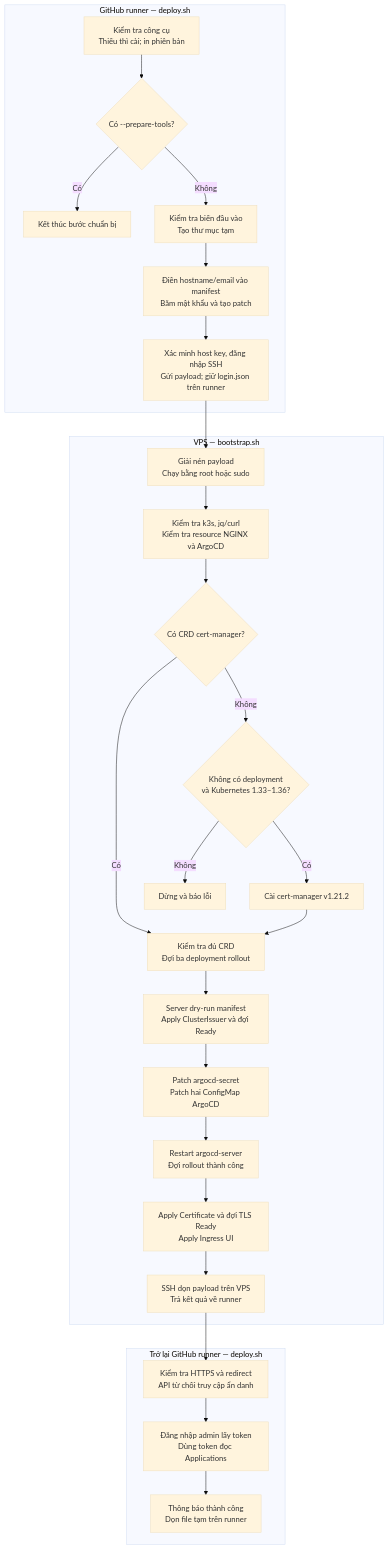
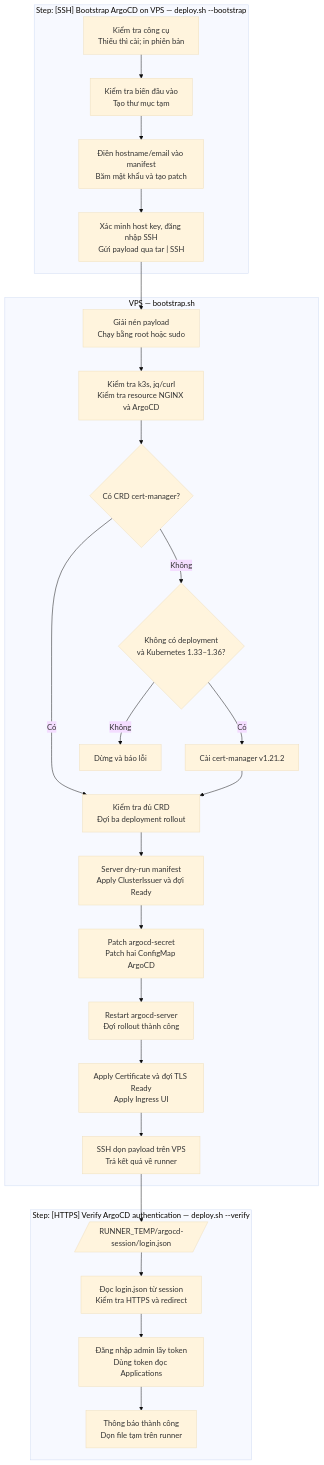
Before and after one commit to Hunndayne/VNUTOUR: the diagram in k8s/argocd/ui/ARGOCD-BOOTSTRAP.md, drawn with Mermaid (base theme). The commit also changed other lines of this file, not shown here.

Commit message:
docs(bootstrap): update --deploy/--verify split and Mermaid diagram

````diff
--- a/k8s/argocd/ui/ARGOCD-BOOTSTRAP.md
+++ b/k8s/argocd/ui/ARGOCD-BOOTSTRAP.md
@@ -120,32 +125,32 @@
 ```mermaid
 flowchart TD
-    subgraph Runner["GitHub runner — deploy.sh"]
-        A["Kiểm tra công cụ<br/>Thiếu thì cài; in phiên bản"] --> B{"Có --prepare-tools?"}
-        B -- Có --> C["Kết thúc bước chuẩn bị"]
-        B -- Không --> D["Kiểm tra biến đầu vào<br/>Tạo thư mục tạm"]
+    subgraph Bootstrap["Step: [SSH] Bootstrap ArgoCD on VPS — deploy.sh --bootstrap"]
+        A["Kiểm tra công cụ<br/>Thiếu thì cài; in phiên bản"] --> D["Kiểm tra biến đầu vào<br/>Tạo thư mục tạm"]
         D --> E["Điền hostname/email vào manifest<br/>Băm mật khẩu và tạo patch"]
-        E --> F["Xác minh host key, đăng nhập SSH<br/>Gửi payload; giữ login.json trên runner"]
+        E --> F["Xác minh host key, đăng nhập SSH<br/>Gửi payload qua tar | SSH"]
     end
 
     subgraph VPS["VPS — bootstrap.sh"]
         F --> G["Giải nén payload<br/>Chạy bằng root hoặc sudo"]
         G --> H["Kiểm tra k3s, jq/curl<br/>Kiểm tra resource NGINX và ArgoCD"]
         H --> I{"Có CRD cert-manager?"}
         I -- Có --> J["Kiểm tra đủ CRD<br/>Đợi ba deployment rollout"]
         I -- Không --> K{"Không có deployment<br/>và Kubernetes 1.33–1.36?"}
         K -- Không --> X["Dừng và báo lỗi"]
         K -- Có --> L["Cài cert-manager v1.21.2"]
         L --> J
         J --> M["Server dry-run manifest<br/>Apply ClusterIssuer và đợi Ready"]
         M --> N["Patch argocd-secret<br/>Patch hai ConfigMap ArgoCD"]
         N --> O["Restart argocd-server<br/>Đợi rollout thành công"]
         O --> P["Apply Certificate và đợi TLS Ready<br/>Apply Ingress UI"]
         P --> Q["SSH dọn payload trên VPS<br/>Trả kết quả về runner"]
     end
 
-    subgraph Verify["Trở lại GitHub runner — deploy.sh"]
-        Q --> R["Kiểm tra HTTPS và redirect<br/>API từ chối truy cập ẩn danh"]
+    Q --> S1[/"RUNNER_TEMP/argocd-session/login.json"/]
+
+    subgraph Verify["Step: [HTTPS] Verify ArgoCD authentication — deploy.sh --verify"]
+        S1 --> R["Đọc login.json từ session<br/>Kiểm tra HTTPS và redirect"]
         R --> S["Đăng nhập admin lấy token<br/>Dùng token đọc Applications"]
         S --> T["Thông báo thành công<br/>Dọn file tạm trên runner"]
     end
 ```
````
